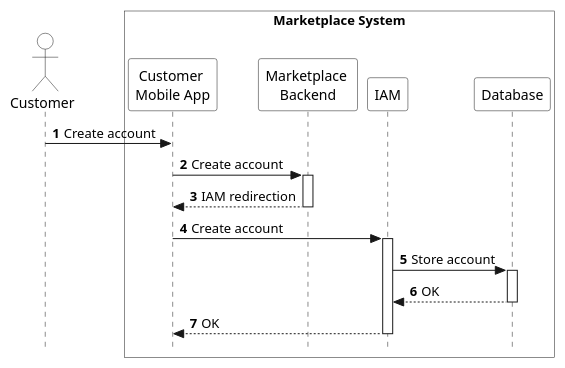
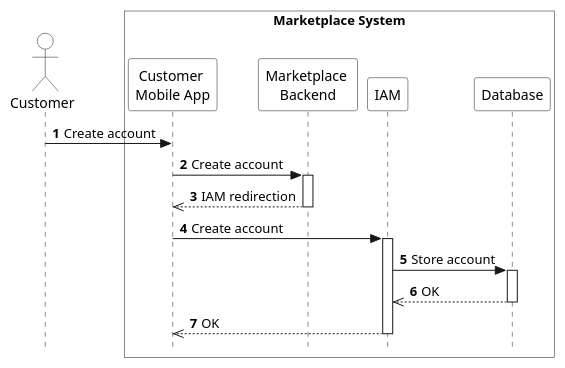
The diagram in arc42/marketplace/runtime-view/figures/marketplace-create-account.puml (eddie-energy/architecture), drawn with PlantUML before and after one commit. The commit also changed 11 other files, not shown here.

Commit message:
update the sequence diagram notation in the marketplace

```diff
--- a/arc42/marketplace/runtime-view/figures/marketplace-create-account.puml
+++ b/arc42/marketplace/runtime-view/figures/marketplace-create-account.puml
@@ -1,34 +1,34 @@
 @startuml marketplace-create-account
 
 skinparam style strictuml
 skinparam sequence {
   ParticipantBackgroundColor transparent
   ActorBackgroundColor transparent
 }
 
 autonumber
 !pragma teoz true
 
 actor "Customer" as customer
 box "Marketplace System" #transparent
   participant "Customer \nMobile App" as app
   participant "Marketplace \nBackend" as marketplace
   participant "IAM" as iam
   participant "Database" as database
 end box
 
 customer -> app : Create account
 app -> marketplace : Create account
 activate marketplace
-marketplace --> app : IAM redirection
+marketplace -->> app : IAM redirection
 deactivate marketplace
 app -> iam : Create account
 activate iam
 iam -> database : Store account
 activate database
-database --> iam : OK
+database -->> iam : OK
 deactivate database
-iam --> app : OK
+iam -->> app : OK
 deactivate iam
 
 @enduml
```
